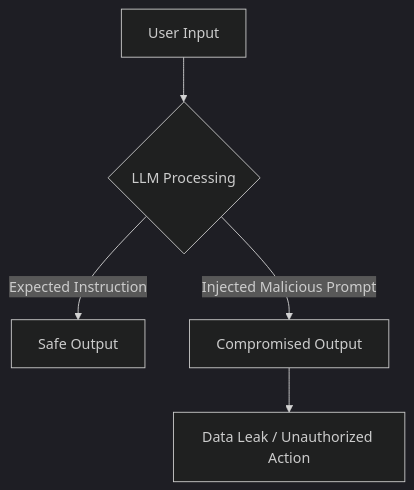
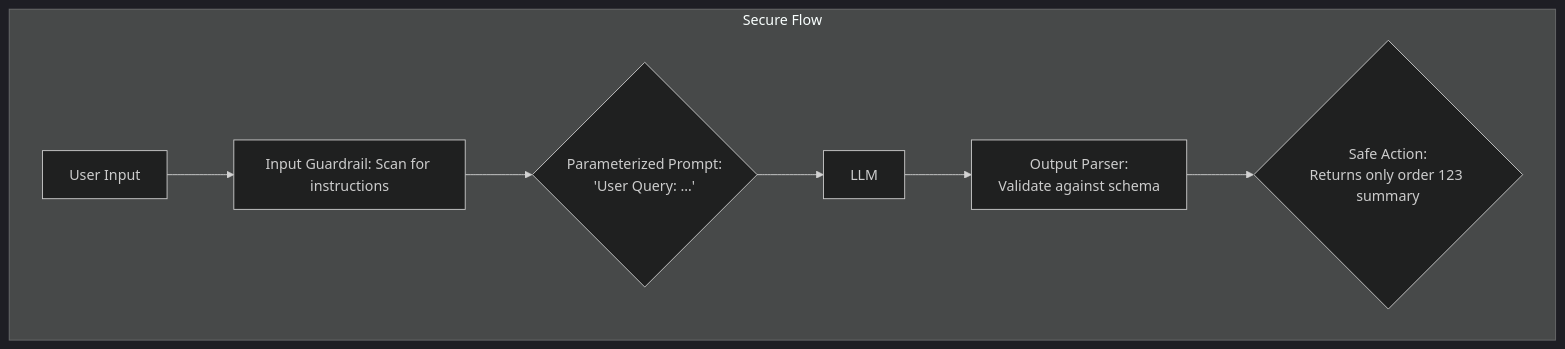
One commit to leonardespi/leonardespi.github.io changed the second of 2 diagrams in _posts/2025-09-29-prompt-injection.md. Above: the diagram before and after it, drawn with Mermaid (dark theme). The commit also changed other lines of this file, not shown here.

Commit message:
fix: new version for prompt injection post

````diff
--- a/_posts/2025-09-29-prompt-injection.md
+++ b/_posts/2025-09-29-prompt-injection.md
@@ -44,8 +64,11 @@
 ```mermaid
 flowchart TD
-    A[User Input] --> B{LLM Processing}
-    B -->|Expected Instruction| C[Safe Output]
-    B -->|Injected Malicious Prompt| D[Compromised Output]
-    D --> E[Data Leak / Unauthorized Action]
+ subgraph "Secure Flow"
+    E[User Input] --> F[Input Guardrail: Scan for instructions]
+    F --> G{"Parameterized Prompt:\n'User Query: …'"}
+    G --> H[LLM]
+    H --> I[Output Parser:\nValidate against schema]
+    I --> J{"Safe Action:\nReturns only order 123 summary"}
+  end
 
 ```
````
